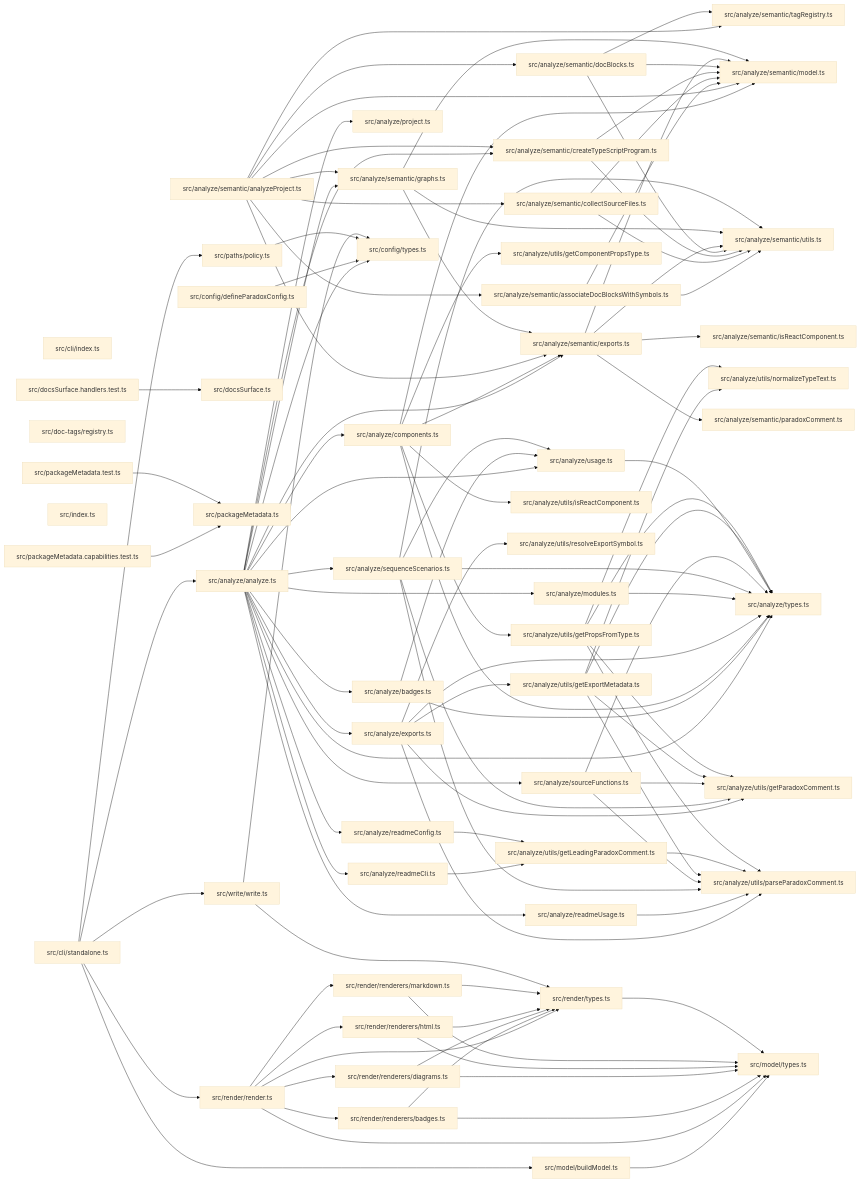
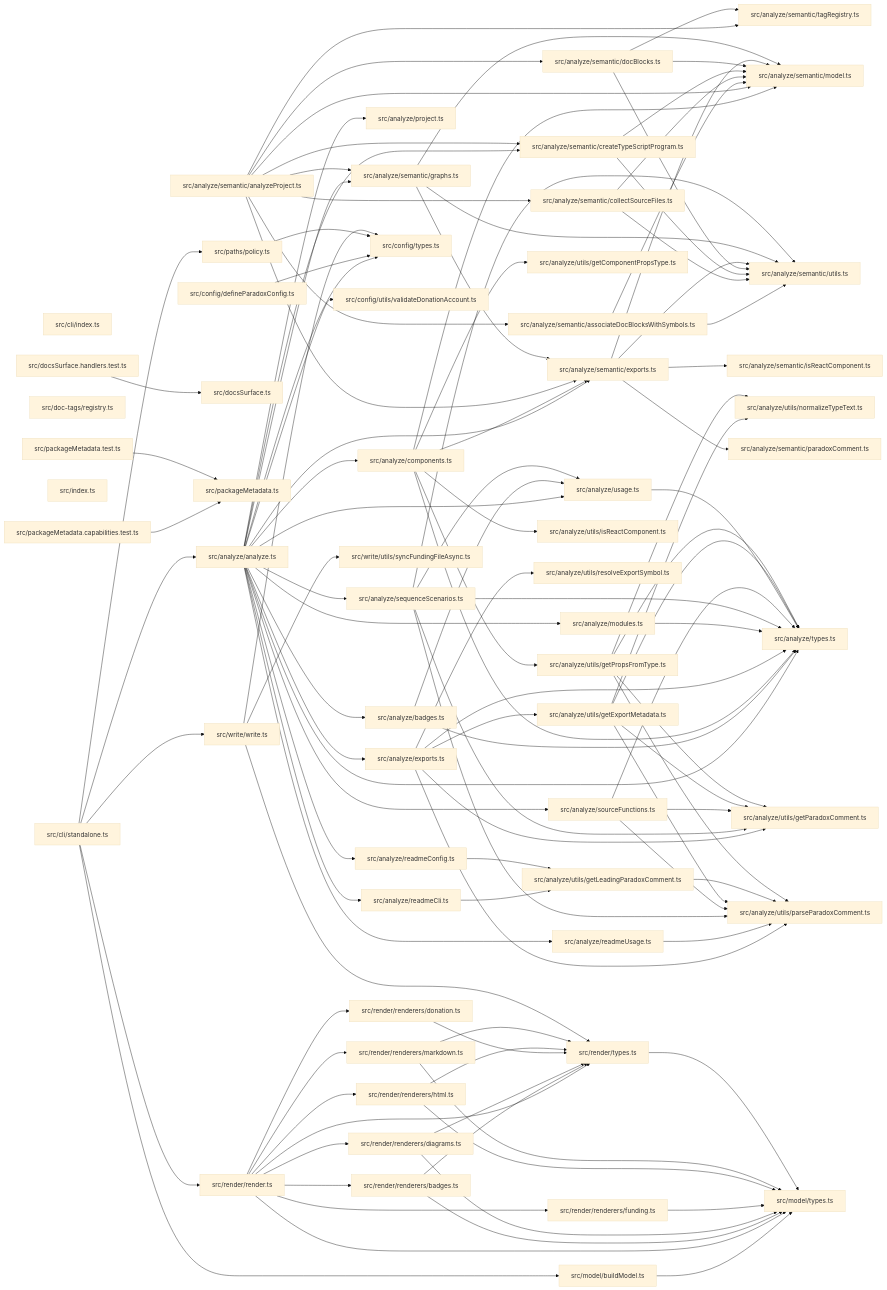
One commit to ankhorage/paradox changed the diagram in paradox/diagrams/module-relationships.mmd. Above: the diagram before and after it, drawn with Mermaid (base theme). The commit also changed 7 other files, not shown here.

```diff
--- a/paradox/diagrams/module-relationships.mmd
+++ b/paradox/diagrams/module-relationships.mmd
@@ -1,159 +1,169 @@
 graph LR
   module_src_analyze_analyze_ts["src/analyze/analyze.ts"]
   module_src_analyze_badges_ts["src/analyze/badges.ts"]
   module_src_analyze_components_ts["src/analyze/components.ts"]
   module_src_analyze_exports_ts["src/analyze/exports.ts"]
   module_src_analyze_modules_ts["src/analyze/modules.ts"]
   module_src_analyze_project_ts["src/analyze/project.ts"]
   module_src_analyze_readmeCli_ts["src/analyze/readmeCli.ts"]
   module_src_analyze_readmeConfig_ts["src/analyze/readmeConfig.ts"]
   module_src_analyze_readmeUsage_ts["src/analyze/readmeUsage.ts"]
   module_src_analyze_semantic_analyzeProject_ts["src/analyze/semantic/analyzeProject.ts"]
   module_src_analyze_semantic_associateDocBlocksWithSymbols_ts["src/analyze/semantic/associateDocBlocksWithSymbols.ts"]
   module_src_analyze_semantic_collectSourceFiles_ts["src/analyze/semantic/collectSourceFiles.ts"]
   module_src_analyze_semantic_createTypeScriptProgram_ts["src/analyze/semantic/createTypeScriptProgram.ts"]
   module_src_analyze_semantic_docBlocks_ts["src/analyze/semantic/docBlocks.ts"]
   module_src_analyze_semantic_exports_ts["src/analyze/semantic/exports.ts"]
   module_src_analyze_semantic_graphs_ts["src/analyze/semantic/graphs.ts"]
   module_src_analyze_semantic_isReactComponent_ts["src/analyze/semantic/isReactComponent.ts"]
   module_src_analyze_semantic_model_ts["src/analyze/semantic/model.ts"]
   module_src_analyze_semantic_paradoxComment_ts["src/analyze/semantic/paradoxComment.ts"]
   module_src_analyze_semantic_tagRegistry_ts["src/analyze/semantic/tagRegistry.ts"]
   module_src_analyze_semantic_utils_ts["src/analyze/semantic/utils.ts"]
   module_src_analyze_sequenceScenarios_ts["src/analyze/sequenceScenarios.ts"]
   module_src_analyze_sourceFunctions_ts["src/analyze/sourceFunctions.ts"]
   module_src_analyze_types_ts["src/analyze/types.ts"]
   module_src_analyze_usage_ts["src/analyze/usage.ts"]
   module_src_analyze_utils_getComponentPropsType_ts["src/analyze/utils/getComponentPropsType.ts"]
   module_src_analyze_utils_getExportMetadata_ts["src/analyze/utils/getExportMetadata.ts"]
   module_src_analyze_utils_getLeadingParadoxComment_ts["src/analyze/utils/getLeadingParadoxComment.ts"]
   module_src_analyze_utils_getParadoxComment_ts["src/analyze/utils/getParadoxComment.ts"]
   module_src_analyze_utils_getPropsFromType_ts["src/analyze/utils/getPropsFromType.ts"]
   module_src_analyze_utils_isReactComponent_ts["src/analyze/utils/isReactComponent.ts"]
   module_src_analyze_utils_normalizeTypeText_ts["src/analyze/utils/normalizeTypeText.ts"]
   module_src_analyze_utils_parseParadoxComment_ts["src/analyze/utils/parseParadoxComment.ts"]
   module_src_analyze_utils_resolveExportSymbol_ts["src/analyze/utils/resolveExportSymbol.ts"]
   module_src_cli_index_ts["src/cli/index.ts"]
   module_src_cli_standalone_ts["src/cli/standalone.ts"]
   module_src_config_defineParadoxConfig_ts["src/config/defineParadoxConfig.ts"]
   module_src_config_types_ts["src/config/types.ts"]
+  module_src_config_utils_validateDonationAccount_ts["src/config/utils/validateDonationAccount.ts"]
   module_src_doc_tags_registry_ts["src/doc-tags/registry.ts"]
   module_src_docsSurface_handlers_test_ts["src/docsSurface.handlers.test.ts"]
   module_src_docsSurface_ts["src/docsSurface.ts"]
   module_src_index_ts["src/index.ts"]
   module_src_model_buildModel_ts["src/model/buildModel.ts"]
   module_src_model_types_ts["src/model/types.ts"]
   module_src_packageMetadata_capabilities_test_ts["src/packageMetadata.capabilities.test.ts"]
   module_src_packageMetadata_test_ts["src/packageMetadata.test.ts"]
   module_src_packageMetadata_ts["src/packageMetadata.ts"]
   module_src_paths_policy_ts["src/paths/policy.ts"]
   module_src_render_render_ts["src/render/render.ts"]
   module_src_render_renderers_badges_ts["src/render/renderers/badges.ts"]
   module_src_render_renderers_diagrams_ts["src/render/renderers/diagrams.ts"]
+  module_src_render_renderers_donation_ts["src/render/renderers/donation.ts"]
+  module_src_render_renderers_funding_ts["src/render/renderers/funding.ts"]
   module_src_render_renderers_html_ts["src/render/renderers/html.ts"]
   module_src_render_renderers_markdown_ts["src/render/renderers/markdown.ts"]
   module_src_render_types_ts["src/render/types.ts"]
+  module_src_write_utils_syncFundingFileAsync_ts["src/write/utils/syncFundingFileAsync.ts"]
   module_src_write_write_ts["src/write/write.ts"]
   module_src_analyze_analyze_ts --> module_src_analyze_badges_ts
   module_src_analyze_analyze_ts --> module_src_analyze_components_ts
   module_src_analyze_analyze_ts --> module_src_analyze_exports_ts
   module_src_analyze_analyze_ts --> module_src_analyze_modules_ts
   module_src_analyze_analyze_ts --> module_src_analyze_project_ts
   module_src_analyze_analyze_ts --> module_src_analyze_readmeCli_ts
   module_src_analyze_analyze_ts --> module_src_analyze_readmeConfig_ts
   module_src_analyze_analyze_ts --> module_src_analyze_readmeUsage_ts
   module_src_analyze_analyze_ts --> module_src_analyze_semantic_createTypeScriptProgram_ts
   module_src_analyze_analyze_ts --> module_src_analyze_semantic_exports_ts
   module_src_analyze_analyze_ts --> module_src_analyze_semantic_graphs_ts
   module_src_analyze_analyze_ts --> module_src_analyze_sequenceScenarios_ts
   module_src_analyze_analyze_ts --> module_src_analyze_sourceFunctions_ts
   module_src_analyze_analyze_ts --> module_src_analyze_types_ts
   module_src_analyze_analyze_ts --> module_src_analyze_usage_ts
   module_src_analyze_analyze_ts --> module_src_config_types_ts
+  module_src_analyze_analyze_ts --> module_src_config_utils_validateDonationAccount_ts
   module_src_analyze_badges_ts --> module_src_analyze_types_ts
   module_src_analyze_badges_ts --> module_src_analyze_usage_ts
   module_src_analyze_components_ts --> module_src_analyze_semantic_exports_ts
   module_src_analyze_components_ts --> module_src_analyze_semantic_model_ts
   module_src_analyze_components_ts --> module_src_analyze_types_ts
   module_src_analyze_components_ts --> module_src_analyze_utils_getComponentPropsType_ts
   module_src_analyze_components_ts --> module_src_analyze_utils_getPropsFromType_ts
   module_src_analyze_components_ts --> module_src_analyze_utils_isReactComponent_ts
   module_src_analyze_exports_ts --> module_src_analyze_types_ts
   module_src_analyze_exports_ts --> module_src_analyze_utils_getExportMetadata_ts
   module_src_analyze_exports_ts --> module_src_analyze_utils_getParadoxComment_ts
   module_src_analyze_exports_ts --> module_src_analyze_utils_parseParadoxComment_ts
   module_src_analyze_exports_ts --> module_src_analyze_utils_resolveExportSymbol_ts
   module_src_analyze_modules_ts --> module_src_analyze_types_ts
   module_src_analyze_readmeCli_ts --> module_src_analyze_utils_getLeadingParadoxComment_ts
   module_src_analyze_readmeConfig_ts --> module_src_analyze_utils_getLeadingParadoxComment_ts
   module_src_analyze_readmeUsage_ts --> module_src_analyze_utils_parseParadoxComment_ts
   module_src_analyze_semantic_analyzeProject_ts --> module_src_analyze_semantic_associateDocBlocksWithSymbols_ts
   module_src_analyze_semantic_analyzeProject_ts --> module_src_analyze_semantic_collectSourceFiles_ts
   module_src_analyze_semantic_analyzeProject_ts --> module_src_analyze_semantic_createTypeScriptProgram_ts
   module_src_analyze_semantic_analyzeProject_ts --> module_src_analyze_semantic_docBlocks_ts
   module_src_analyze_semantic_analyzeProject_ts --> module_src_analyze_semantic_exports_ts
   module_src_analyze_semantic_analyzeProject_ts --> module_src_analyze_semantic_graphs_ts
   module_src_analyze_semantic_analyzeProject_ts --> module_src_analyze_semantic_model_ts
   module_src_analyze_semantic_analyzeProject_ts --> module_src_analyze_semantic_tagRegistry_ts
   module_src_analyze_semantic_associateDocBlocksWithSymbols_ts --> module_src_analyze_semantic_model_ts
   module_src_analyze_semantic_associateDocBlocksWithSymbols_ts --> module_src_analyze_semantic_utils_ts
   module_src_analyze_semantic_collectSourceFiles_ts --> module_src_analyze_semantic_model_ts
   module_src_analyze_semantic_collectSourceFiles_ts --> module_src_analyze_semantic_utils_ts
   module_src_analyze_semantic_createTypeScriptProgram_ts --> module_src_analyze_semantic_model_ts
   module_src_analyze_semantic_createTypeScriptProgram_ts --> module_src_analyze_semantic_utils_ts
   module_src_analyze_semantic_docBlocks_ts --> module_src_analyze_semantic_model_ts
   module_src_analyze_semantic_docBlocks_ts --> module_src_analyze_semantic_tagRegistry_ts
   module_src_analyze_semantic_docBlocks_ts --> module_src_analyze_semantic_utils_ts
   module_src_analyze_semantic_exports_ts --> module_src_analyze_semantic_isReactComponent_ts
   module_src_analyze_semantic_exports_ts --> module_src_analyze_semantic_model_ts
   module_src_analyze_semantic_exports_ts --> module_src_analyze_semantic_paradoxComment_ts
   module_src_analyze_semantic_exports_ts --> module_src_analyze_semantic_utils_ts
   module_src_analyze_semantic_graphs_ts --> module_src_analyze_semantic_exports_ts
   module_src_analyze_semantic_graphs_ts --> module_src_analyze_semantic_model_ts
   module_src_analyze_semantic_graphs_ts --> module_src_analyze_semantic_utils_ts
   module_src_analyze_sequenceScenarios_ts --> module_src_analyze_semantic_utils_ts
   module_src_analyze_sequenceScenarios_ts --> module_src_analyze_types_ts
   module_src_analyze_sequenceScenarios_ts --> module_src_analyze_usage_ts
   module_src_analyze_sequenceScenarios_ts --> module_src_analyze_utils_getParadoxComment_ts
   module_src_analyze_sequenceScenarios_ts --> module_src_analyze_utils_parseParadoxComment_ts
   module_src_analyze_sourceFunctions_ts --> module_src_analyze_types_ts
   module_src_analyze_sourceFunctions_ts --> module_src_analyze_utils_getParadoxComment_ts
   module_src_analyze_sourceFunctions_ts --> module_src_analyze_utils_parseParadoxComment_ts
   module_src_analyze_usage_ts --> module_src_analyze_types_ts
   module_src_analyze_utils_getExportMetadata_ts --> module_src_analyze_types_ts
   module_src_analyze_utils_getExportMetadata_ts --> module_src_analyze_utils_getParadoxComment_ts
   module_src_analyze_utils_getExportMetadata_ts --> module_src_analyze_utils_normalizeTypeText_ts
   module_src_analyze_utils_getExportMetadata_ts --> module_src_analyze_utils_parseParadoxComment_ts
   module_src_analyze_utils_getLeadingParadoxComment_ts --> module_src_analyze_utils_parseParadoxComment_ts
   module_src_analyze_utils_getPropsFromType_ts --> module_src_analyze_types_ts
   module_src_analyze_utils_getPropsFromType_ts --> module_src_analyze_utils_getParadoxComment_ts
   module_src_analyze_utils_getPropsFromType_ts --> module_src_analyze_utils_normalizeTypeText_ts
   module_src_analyze_utils_getPropsFromType_ts --> module_src_analyze_utils_parseParadoxComment_ts
   module_src_cli_standalone_ts --> module_src_analyze_analyze_ts
   module_src_cli_standalone_ts --> module_src_model_buildModel_ts
   module_src_cli_standalone_ts --> module_src_paths_policy_ts
   module_src_cli_standalone_ts --> module_src_render_render_ts
   module_src_cli_standalone_ts --> module_src_write_write_ts
   module_src_config_defineParadoxConfig_ts --> module_src_config_types_ts
   module_src_docsSurface_handlers_test_ts --> module_src_docsSurface_ts
   module_src_model_buildModel_ts --> module_src_model_types_ts
   module_src_packageMetadata_capabilities_test_ts --> module_src_packageMetadata_ts
   module_src_packageMetadata_test_ts --> module_src_packageMetadata_ts
   module_src_paths_policy_ts --> module_src_config_types_ts
   module_src_render_render_ts --> module_src_model_types_ts
   module_src_render_render_ts --> module_src_render_renderers_badges_ts
   module_src_render_render_ts --> module_src_render_renderers_diagrams_ts
+  module_src_render_render_ts --> module_src_render_renderers_donation_ts
+  module_src_render_render_ts --> module_src_render_renderers_funding_ts
   module_src_render_render_ts --> module_src_render_renderers_html_ts
   module_src_render_render_ts --> module_src_render_renderers_markdown_ts
   module_src_render_render_ts --> module_src_render_types_ts
   module_src_render_renderers_badges_ts --> module_src_model_types_ts
   module_src_render_renderers_badges_ts --> module_src_render_types_ts
   module_src_render_renderers_diagrams_ts --> module_src_model_types_ts
   module_src_render_renderers_diagrams_ts --> module_src_render_types_ts
+  module_src_render_renderers_donation_ts --> module_src_render_types_ts
+  module_src_render_renderers_funding_ts --> module_src_model_types_ts
   module_src_render_renderers_html_ts --> module_src_model_types_ts
   module_src_render_renderers_html_ts --> module_src_render_types_ts
   module_src_render_renderers_markdown_ts --> module_src_model_types_ts
   module_src_render_renderers_markdown_ts --> module_src_render_types_ts
   module_src_render_types_ts --> module_src_model_types_ts
   module_src_write_write_ts --> module_src_config_types_ts
   module_src_write_write_ts --> module_src_render_types_ts
+  module_src_write_write_ts --> module_src_write_utils_syncFundingFileAsync_ts
```
